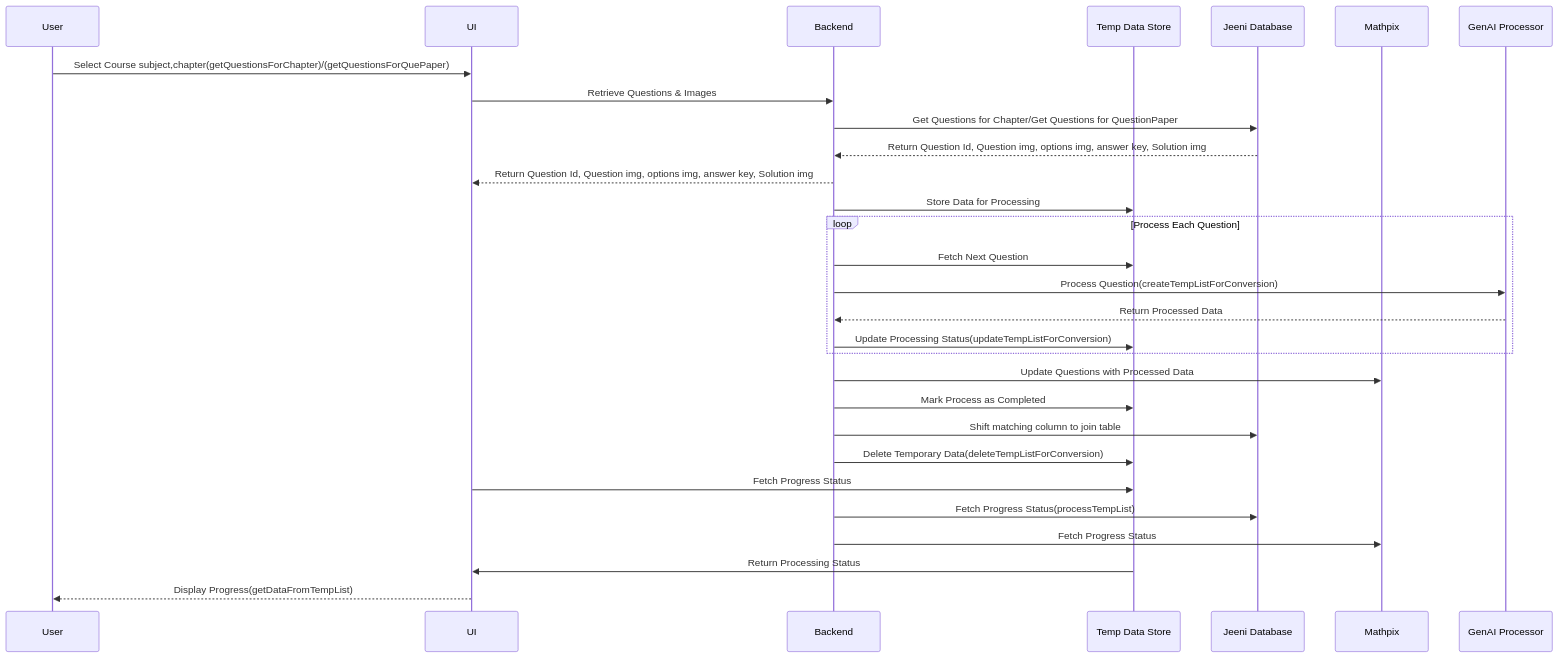
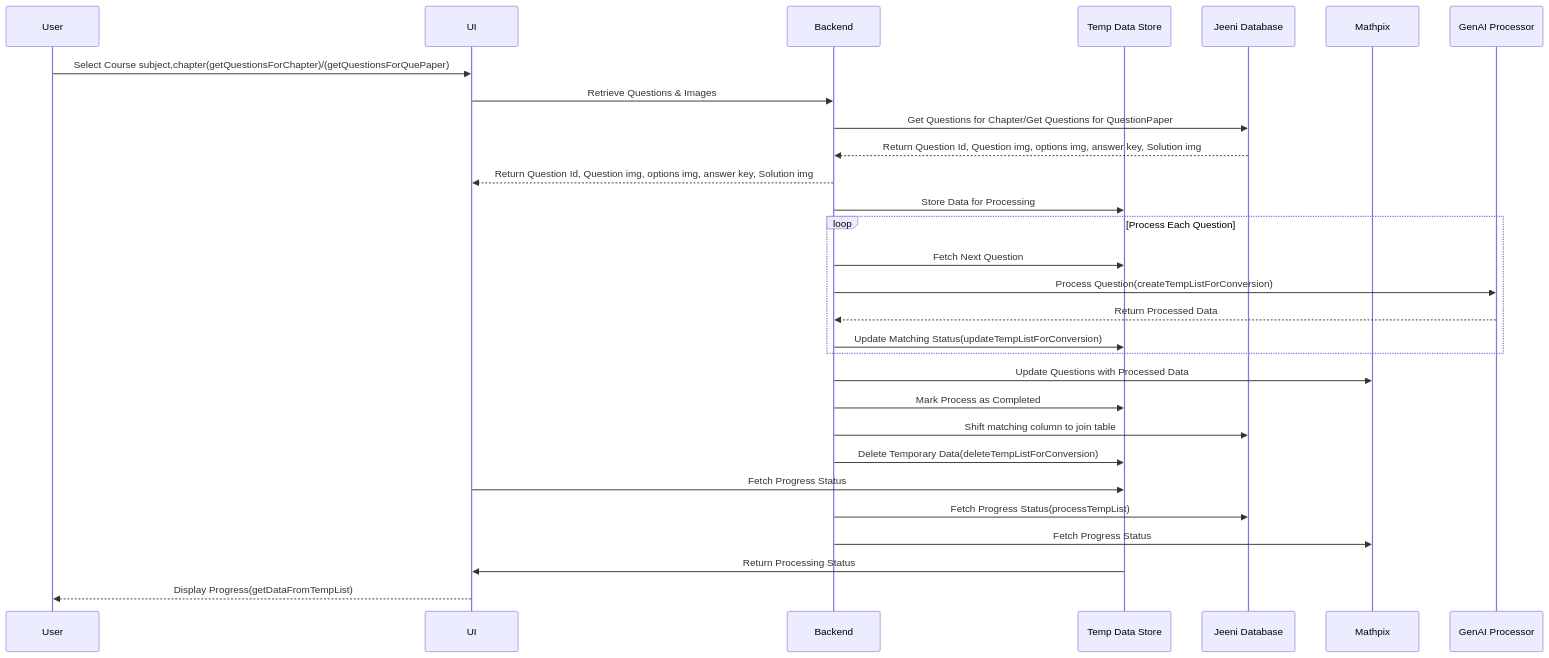
One commit to MayuriSutar12/Documentation changed the diagram in docs/sequence_digram.md. Above: the diagram before and after it, drawn with Mermaid.

````diff
--- a/docs/sequence_digram.md
+++ b/docs/sequence_digram.md
@@ -2,41 +2,41 @@
 ```mermaid
 sequenceDiagram
     participant User as User
     participant UI as UI
     participant Backend as Backend
     participant TempDB as Temp Data Store
     participant JeeniDB as Jeeni Database
     participant Mathpix as Mathpix
     participant GenAI as GenAI Processor
 
     User ->> UI: Select Course subject,chapter(getQuestionsForChapter)/(getQuestionsForQuePaper)
     
 
     UI ->> Backend: Retrieve Questions & Images
     
     Backend ->> JeeniDB: Get Questions for Chapter/Get Questions for QuestionPaper
     JeeniDB -->> Backend: Return Question Id, Question img, options img, answer key, Solution img
     Backend -->> UI: Return Question Id, Question img, options img, answer key, Solution img
     Backend ->> TempDB: Store Data for Processing
 
     loop Process Each Question
         Backend ->> TempDB: Fetch Next Question
         Backend ->> GenAI: Process Question(createTempListForConversion)
         GenAI -->> Backend: Return Processed Data
-        Backend ->> TempDB: Update Processing Status(updateTempListForConversion)
+        Backend ->> TempDB: Update Matching Status(updateTempListForConversion)
     end
 
     Backend ->> Mathpix: Update Questions with Processed Data
     Backend ->> TempDB: Mark Process as Completed
     Backend ->> JeeniDB: Shift matching column to join table
     Backend ->> TempDB: Delete Temporary Data(deleteTempListForConversion)
 
 
     UI ->> TempDB: Fetch Progress Status
    Backend ->> JeeniDB: Fetch Progress Status(processTempList)
   Backend ->> Mathpix: Fetch Progress Status 
     TempDB ->> UI: Return Processing Status
     UI -->> User: Display Progress(getDataFromTempList)
 
 
 ```
````
